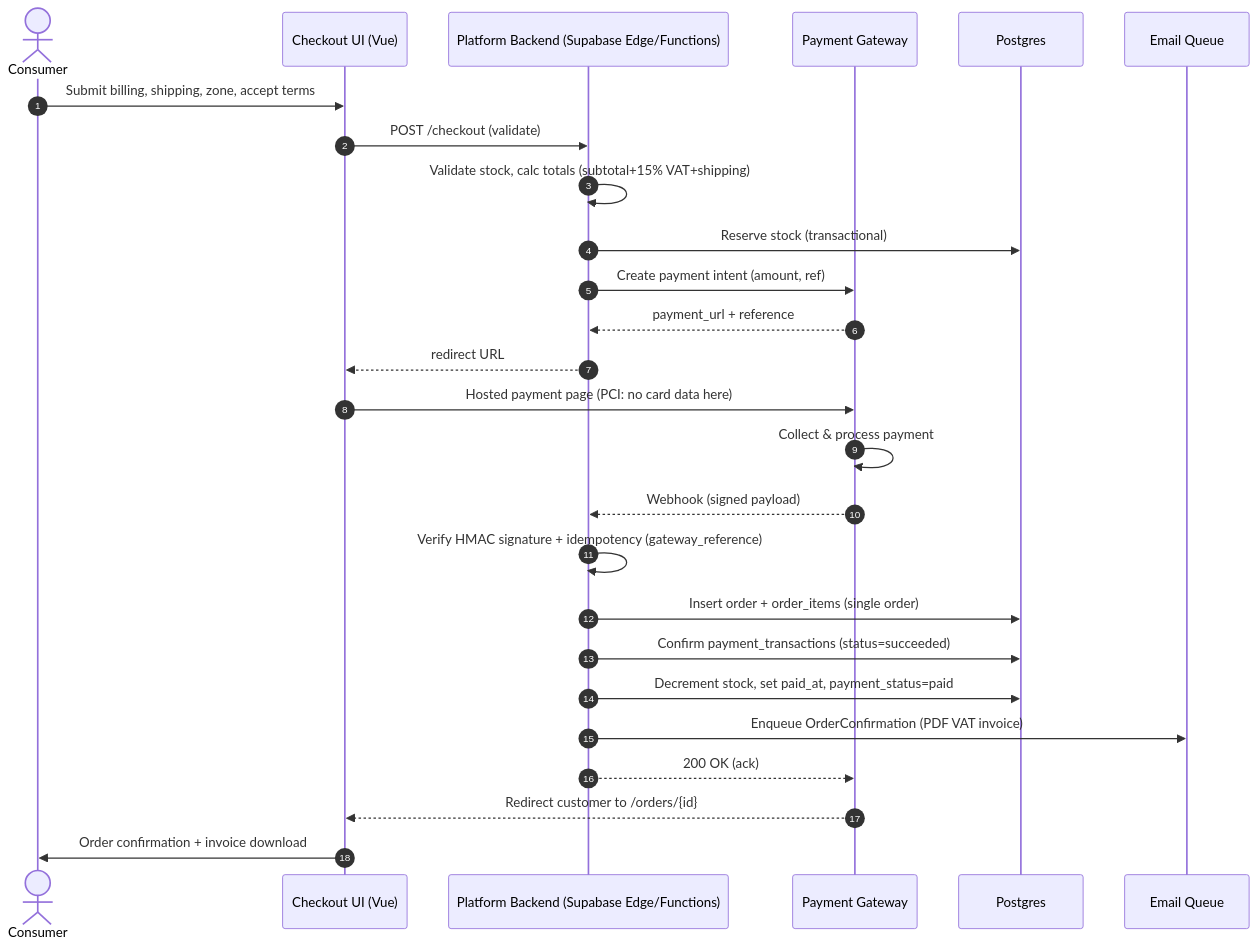
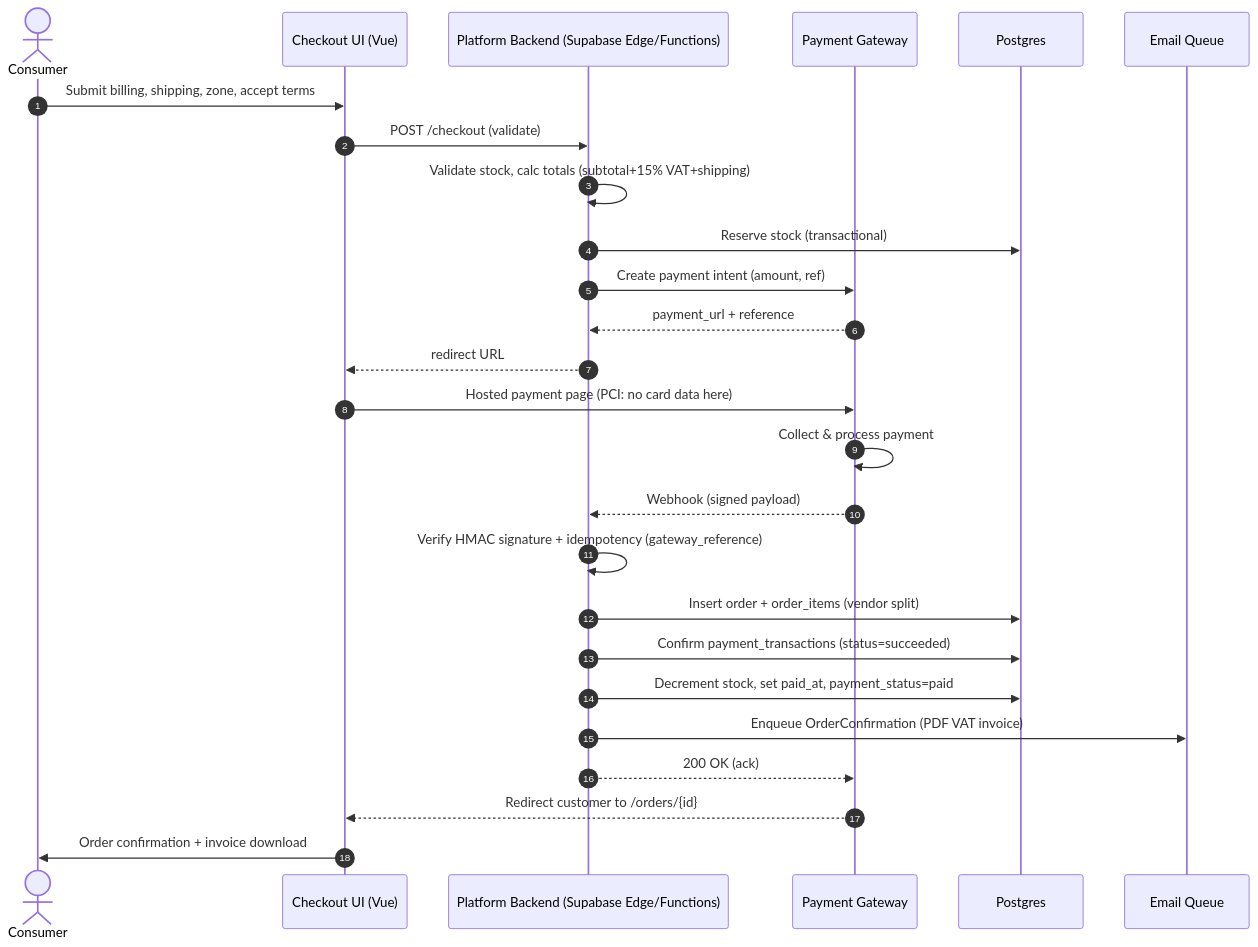
The third of 4 diagrams in uml/uml.md (Uvaancovie/south-african-furniture), drawn with Mermaid before and after one commit. The commit also changed other lines of this file and 8 other files, not shown here.

````diff
--- a/uml/uml.md
+++ b/uml/uml.md
@@ -294,29 +337,29 @@
 ```mermaid
 sequenceDiagram
     autonumber
     actor C as Consumer
     participant FE as Checkout UI (Vue)
     participant API as Platform Backend (Supabase Edge/Functions)
     participant GW as Payment Gateway
     participant DB as Postgres
     participant Q as Email Queue
 
     C->>FE: Submit billing, shipping, zone, accept terms
     FE->>API: POST /checkout (validate)
     API->>API: Validate stock, calc totals (subtotal+15% VAT+shipping)
     API->>DB: Reserve stock (transactional)
     API->>GW: Create payment intent (amount, ref)
     GW-->>API: payment_url + reference
     API-->>FE: redirect URL
     FE->>GW: Hosted payment page (PCI: no card data here)
     GW->>GW: Collect & process payment
     GW-->>API: Webhook (signed payload)
     API->>API: Verify HMAC signature + idempotency (gateway_reference)
-    API->>DB: Insert order + order_items (single order)
+    API->>DB: Insert order + order_items (vendor split)
     API->>DB: Confirm payment_transactions (status=succeeded)
     API->>DB: Decrement stock, set paid_at, payment_status=paid
     API->>Q: Enqueue OrderConfirmation (PDF VAT invoice)
     API-->>GW: 200 OK (ack)
     GW-->>FE: Redirect customer to /orders/{id}
     FE->>C: Order confirmation + invoice download
 ```
````
